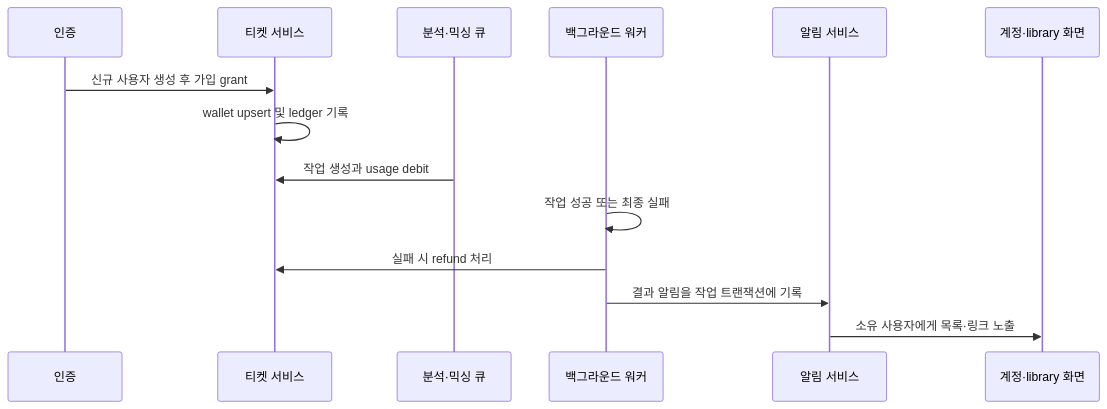
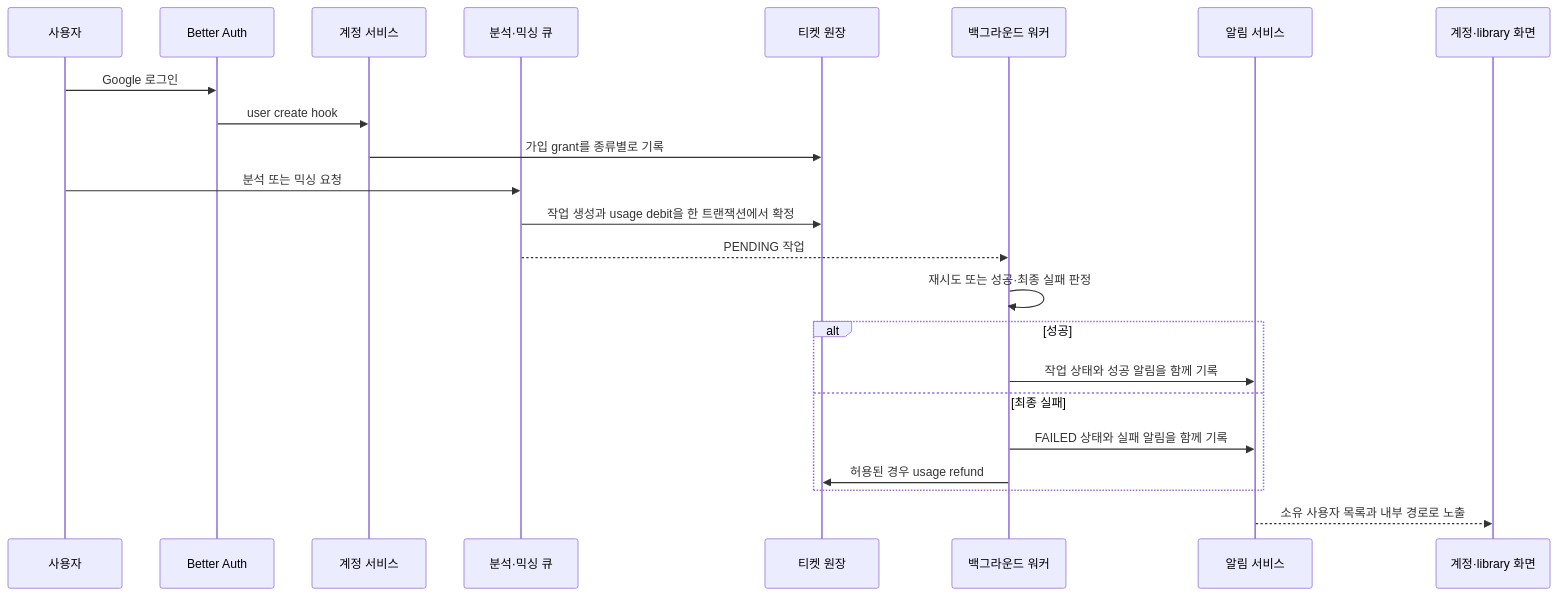
The diagram in openwiki/workflows/account-and-tickets.md (leey00nsu/copy-singer), drawn with Mermaid before and after one commit. The commit also changed other lines of this file and 40 other files, not shown here.

````diff
--- a/openwiki/workflows/account-and-tickets.md
+++ b/openwiki/workflows/account-and-tickets.md
@@ -55,16 +85,25 @@
 ```mermaid
 sequenceDiagram
-    participant Auth as 인증
-    participant Ticket as 티켓 서비스
+    participant User as 사용자
+    participant Auth as Better Auth
+    participant Account as 계정 서비스
     participant Queue as 분석·믹싱 큐
+    participant Ledger as 티켓 원장
     participant Worker as 백그라운드 워커
     participant Notify as 알림 서비스
-    participant Account as 계정·library 화면
-    Auth->>Ticket: 신규 사용자 생성 후 가입 grant
-    Ticket->>Ticket: wallet upsert 및 ledger 기록
-    Queue->>Ticket: 작업 생성과 usage debit
-    Worker->>Worker: 작업 성공 또는 최종 실패
-    Worker->>Ticket: 실패 시 refund 처리
-    Worker->>Notify: 결과 알림을 작업 트랜잭션에 기록
-    Notify->>Account: 소유 사용자에게 목록·링크 노출
+    participant UI as 계정·library 화면
+    User->>Auth: Google 로그인
+    Auth->>Account: user create hook
+    Account->>Ledger: 가입 grant를 종류별로 기록
+    User->>Queue: 분석 또는 믹싱 요청
+    Queue->>Ledger: 작업 생성과 usage debit을 한 트랜잭션에서 확정
+    Queue-->>Worker: PENDING 작업
+    Worker->>Worker: 재시도 또는 성공·최종 실패 판정
+    alt 성공
+        Worker->>Notify: 작업 상태와 성공 알림을 함께 기록
+    else 최종 실패
+        Worker->>Notify: FAILED 상태와 실패 알림을 함께 기록
+        Worker->>Ledger: 허용된 경우 usage refund
+    end
+    Notify-->>UI: 소유 사용자 목록과 내부 경로로 노출
 ```
````
